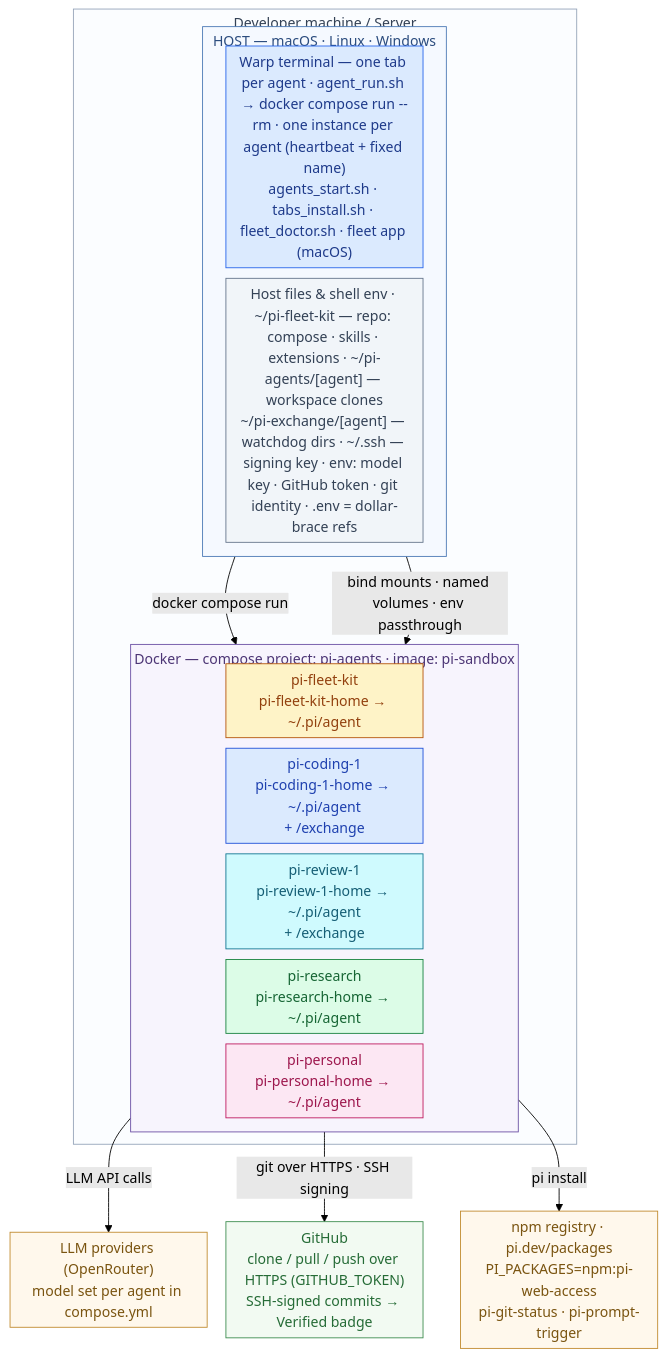
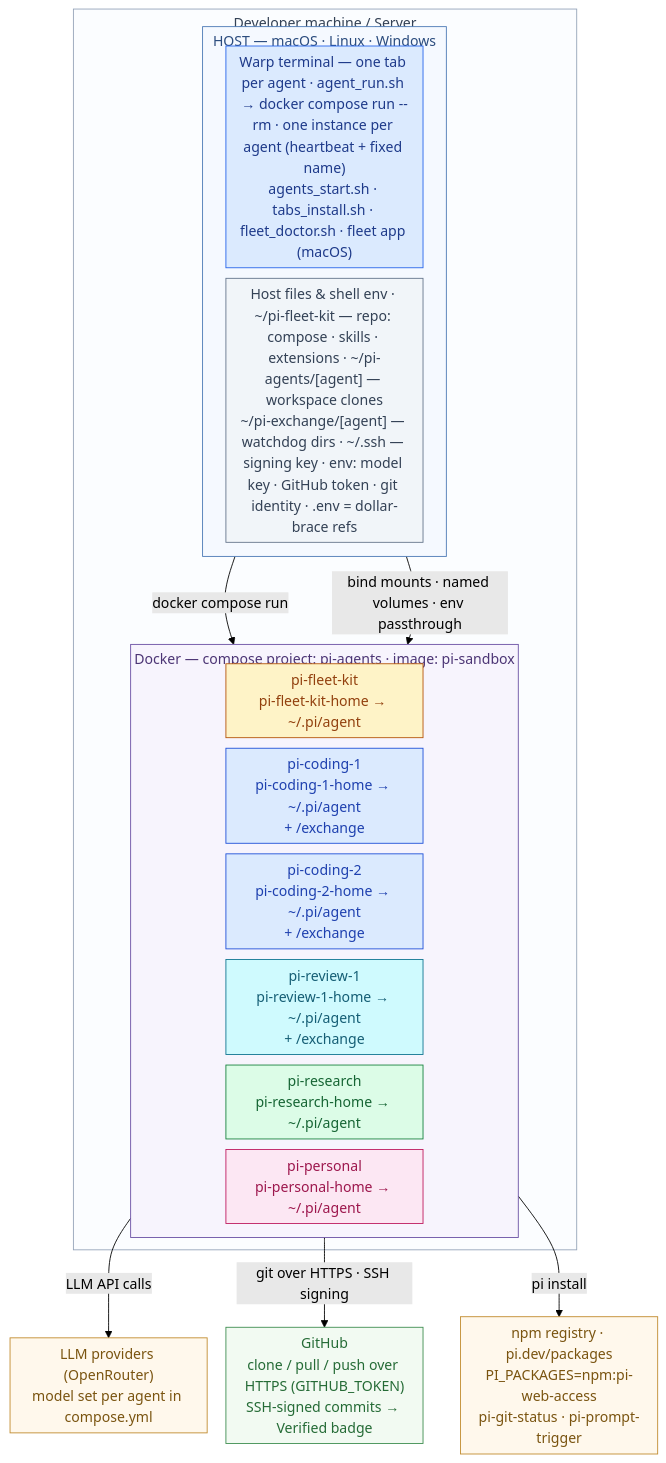
Before and after one commit to didier-durand/pi-fleet-kit: the diagram in README.md, drawn with Mermaid (forest theme). The commit also changed other lines of this file and 6 other files, not shown here.

First line of the commit message:
Add second coding agent pi-coding-2 (compose, Warp, docs)

````diff
--- a/README.md
+++ b/README.md
@@ -101,50 +102,52 @@
 ```mermaid
 %%{init: {"flowchart": {"nodeSpacing": 12, "rankSpacing": 28, "padding": 6, "diagramPadding": 8, "subGraphTitleMargin": {"top": 4, "bottom": 2}}}}%%
 flowchart TB
   subgraph MACHINE["Developer machine / Server"]
     subgraph HOST["HOST — macOS · Linux · Windows"]
     direction LR
     WARP["Warp terminal — one tab per agent · agent_run.sh → docker compose run --rm · one instance per agent (heartbeat + fixed name)<br/>agents_start.sh · tabs_install.sh · fleet_doctor.sh · fleet app (macOS)"]
     FILES["Host files & shell env · ~/pi-fleet-kit — repo: compose · skills · extensions · ~/pi-agents/[agent] — workspace clones<br/>~/pi-exchange/[agent] — watchdog dirs · ~/.ssh — signing key · env: model key · GitHub token · git identity · .env = dollar-brace refs"]
   end
   subgraph DOCKER["Docker — compose project: pi-agents · image: pi-sandbox"]
     direction LR
     FLEET["pi-fleet-kit<br/>pi-fleet-kit-home → ~/.pi/agent"]
     CODING["pi-coding-1<br/>pi-coding-1-home → ~/.pi/agent<br/>+ /exchange"]
+    CODING2["pi-coding-2<br/>pi-coding-2-home → ~/.pi/agent<br/>+ /exchange"]
     REVIEW["pi-review-1<br/>pi-review-1-home → ~/.pi/agent<br/>+ /exchange"]
     RESEARCH["pi-research<br/>pi-research-home → ~/.pi/agent"]
     PERSONAL["pi-personal<br/>pi-personal-home → ~/.pi/agent"]
   end
   end
   LLM["LLM providers (OpenRouter)<br/>model set per agent in compose.yml"]
   GH["GitHub<br/>clone / pull / push over HTTPS (GITHUB_TOKEN)<br/>SSH-signed commits → Verified badge"]
   NPM["npm registry · pi.dev/packages<br/>PI_PACKAGES=npm:pi-web-access<br/>pi-git-status · pi-prompt-trigger"]
   HOST -->|"docker compose run"| DOCKER
   HOST -->|"bind mounts · named volumes · env passthrough"| DOCKER
   DOCKER -->|"LLM API calls"| LLM
   DOCKER -->|"git over HTTPS · SSH signing"| GH
   DOCKER -->|"pi install"| NPM
   classDef warp fill:#DBEAFE,stroke:#2563EB,color:#1E3A8A
   classDef files fill:#F1F5F9,stroke:#64748B,color:#334155
   classDef yellow fill:#FEF3C7,stroke:#B45309,color:#92400E
   classDef blue fill:#DBEAFE,stroke:#1D4ED8,color:#1E40AF
   classDef cyan fill:#CFFAFE,stroke:#0E7490,color:#155E75
   classDef green fill:#DCFCE7,stroke:#15803D,color:#166534
   classDef magenta fill:#FCE7F3,stroke:#BE185D,color:#9D174D
   classDef llm fill:#FFF8EC,stroke:#C08A2D,color:#7A5410
   classDef gh fill:#F2FAF2,stroke:#3C8C4E,color:#256B36
   classDef npm fill:#FFF8EC,stroke:#C08A2D,color:#7A5410
   class WARP warp
   class FILES files
   class FLEET yellow
   class CODING blue
+  class CODING2 blue
   class REVIEW cyan
   class RESEARCH green
   class PERSONAL magenta
   class LLM llm
   class GH gh
   class NPM npm
   style HOST fill:#F5F9FF,stroke:#4A78B5,color:#2B4C7E
   style DOCKER fill:#F7F4FD,stroke:#6A4FA3,color:#4C3575
   style MACHINE fill:#FBFDFF,stroke:#94A3B8,color:#334155
 ```
````
